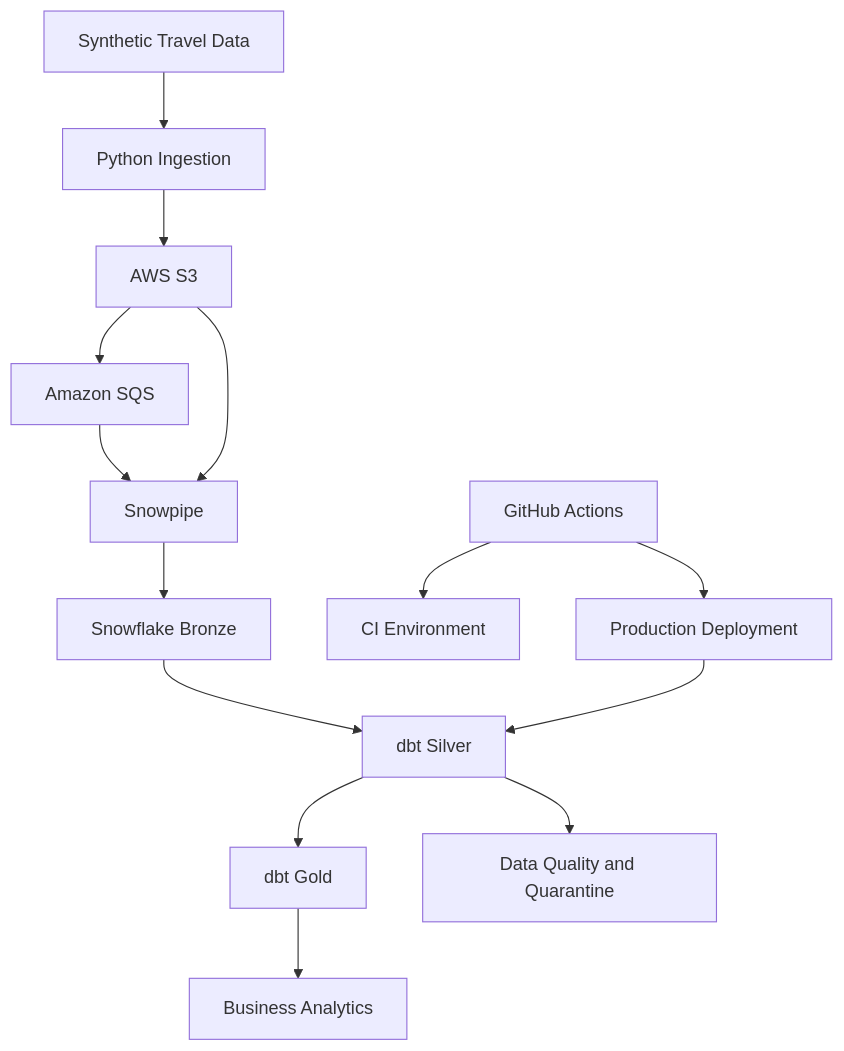
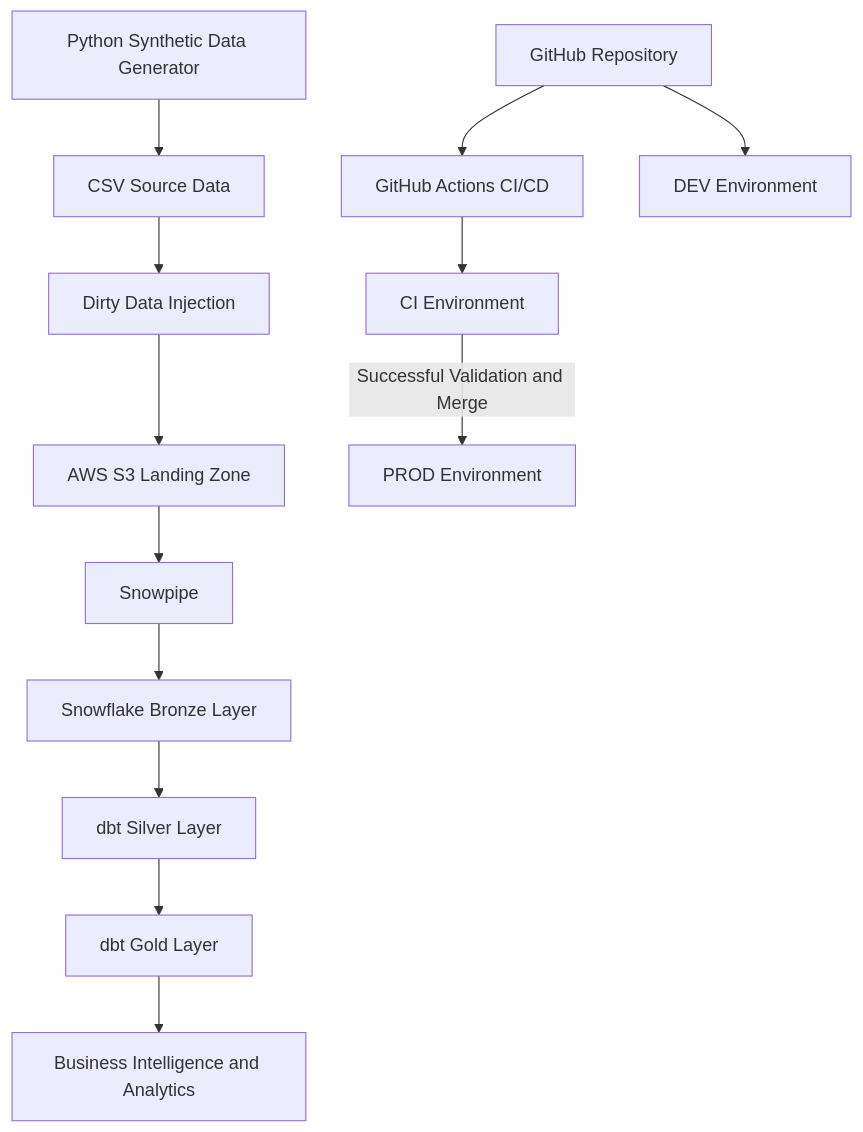
Before and after one commit to youkeefan/travel-data-platform: the first of 4 diagrams in README.md, drawn with Mermaid. The commit also changed other lines of this file and 4 other files, not shown here.

Commit message:
refactor: consolidate dirty data scripts and update project documentation

````diff
--- a/README.md
+++ b/README.md
@@ -43,16 +52,32 @@
 ```mermaid
 flowchart TD
-    A[Synthetic Travel Data] --> B[Python Ingestion]
-    B --> C[AWS S3]
-    C --> D[Amazon SQS]
-    D --> E[Snowpipe]
-    C --> E
-    E --> F[Snowflake Bronze]
-    F --> G[dbt Silver]
-    G --> H[dbt Gold]
-    G --> I[Data Quality and Quarantine]
-    H --> J[Business Analytics]
-    K[GitHub Actions] --> L[CI Environment]
-    K --> M[Production Deployment]
-    M --> G
+    A[Python Synthetic Data Generator]
+    B[CSV Source Data]
+    C[Dirty Data Injection]
+    D[AWS S3 Landing Zone]
+    E[Snowpipe]
+    F[Snowflake Bronze Layer]
+    G[dbt Silver Layer]
+    H[dbt Gold Layer]
+    I[Business Intelligence and Analytics]
+
+    A --> B
+    B --> C
+    C --> D
+    D --> E
+    E --> F
+    F --> G
+    G --> H
+    H --> I
+
+    J[GitHub Repository]
+    K[GitHub Actions CI/CD]
+    L[DEV Environment]
+    M[CI Environment]
+    N[PROD Environment]
+
+    J --> K
+    J --> L
+    K --> M
+    M -->|Successful Validation and Merge| N
 ```
````
